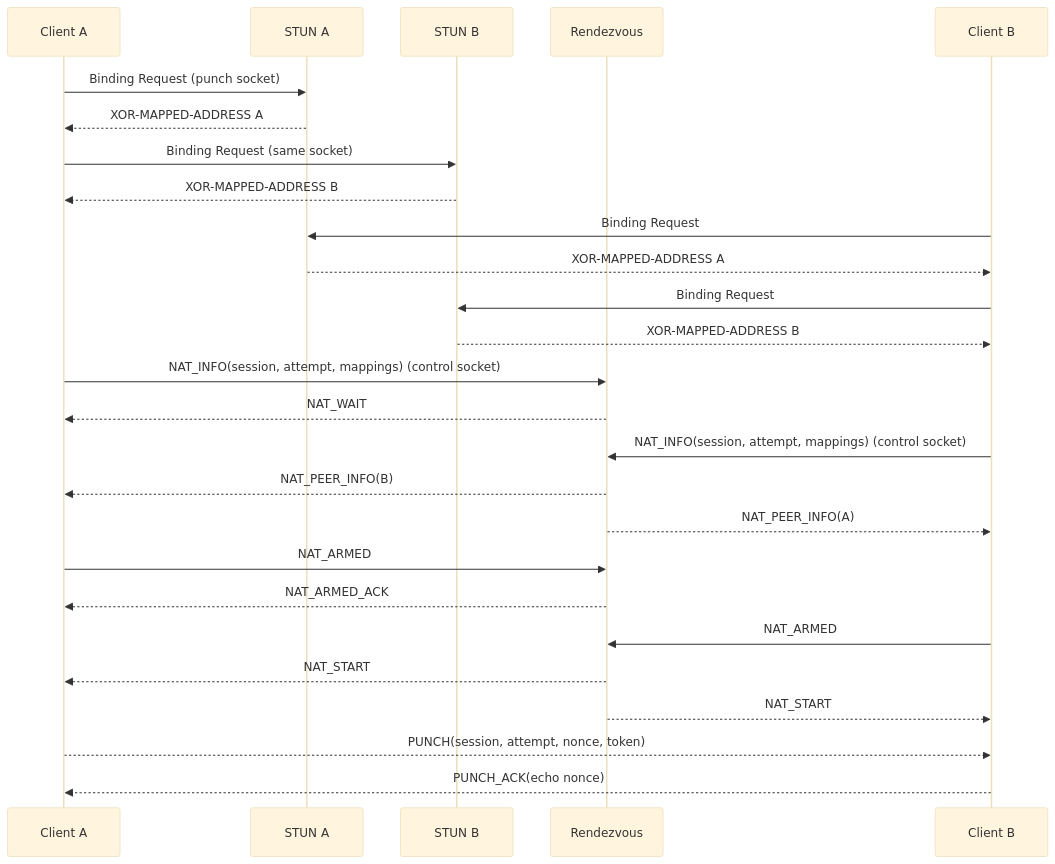
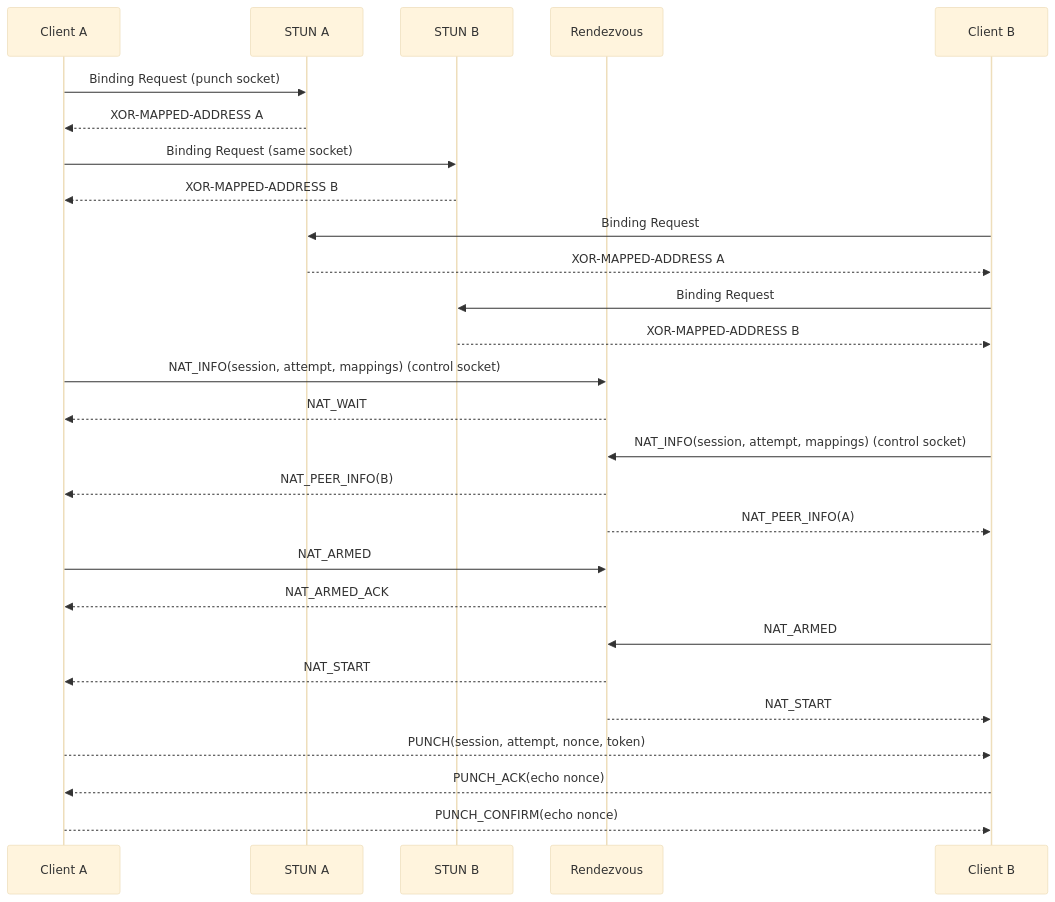
Before and after one commit to celeron633/EasyTunnel: the second of 4 diagrams in doc/state-machine.md, drawn with Mermaid (base theme). The commit also changed other lines of this file and 12 other files, not shown here.

Commit message:
fix(nat): confirm a single punch path before receiver handoff

````diff
--- a/doc/state-machine.md
+++ b/doc/state-machine.md
@@ -51,29 +51,30 @@
 ```mermaid
 sequenceDiagram
     participant A as Client A
     participant SA as STUN A
     participant SB as STUN B
     participant R as Rendezvous
     participant B as Client B
 
     A->>SA: Binding Request (punch socket)
     SA-->>A: XOR-MAPPED-ADDRESS A
     A->>SB: Binding Request (same socket)
     SB-->>A: XOR-MAPPED-ADDRESS B
     B->>SA: Binding Request
     SA-->>B: XOR-MAPPED-ADDRESS A
     B->>SB: Binding Request
     SB-->>B: XOR-MAPPED-ADDRESS B
     A->>R: NAT_INFO(session, attempt, mappings) (control socket)
     R-->>A: NAT_WAIT
     B->>R: NAT_INFO(session, attempt, mappings) (control socket)
     R-->>A: NAT_PEER_INFO(B)
     R-->>B: NAT_PEER_INFO(A)
     A->>R: NAT_ARMED
     R-->>A: NAT_ARMED_ACK
     B->>R: NAT_ARMED
     R-->>A: NAT_START
     R-->>B: NAT_START
     A-->>B: PUNCH(session, attempt, nonce, token)
     B-->>A: PUNCH_ACK(echo nonce)
+    A-->>B: PUNCH_CONFIRM(echo nonce)
 ```
````
